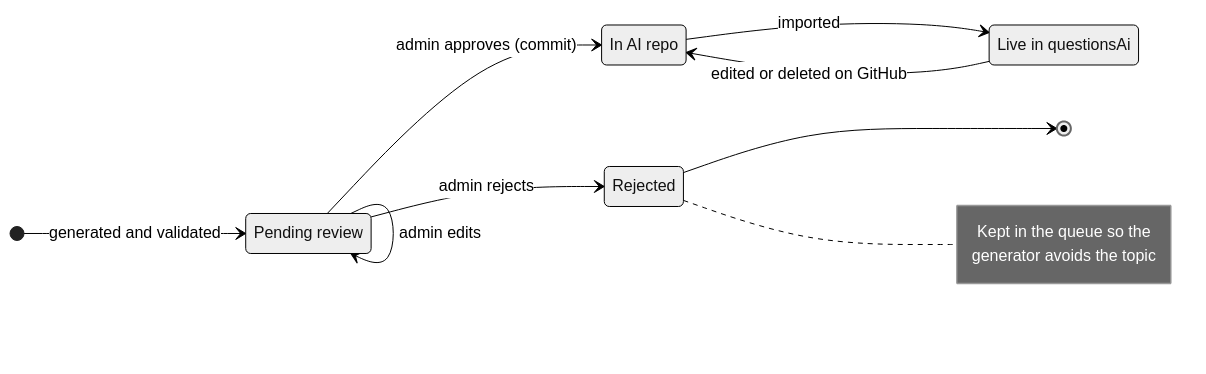
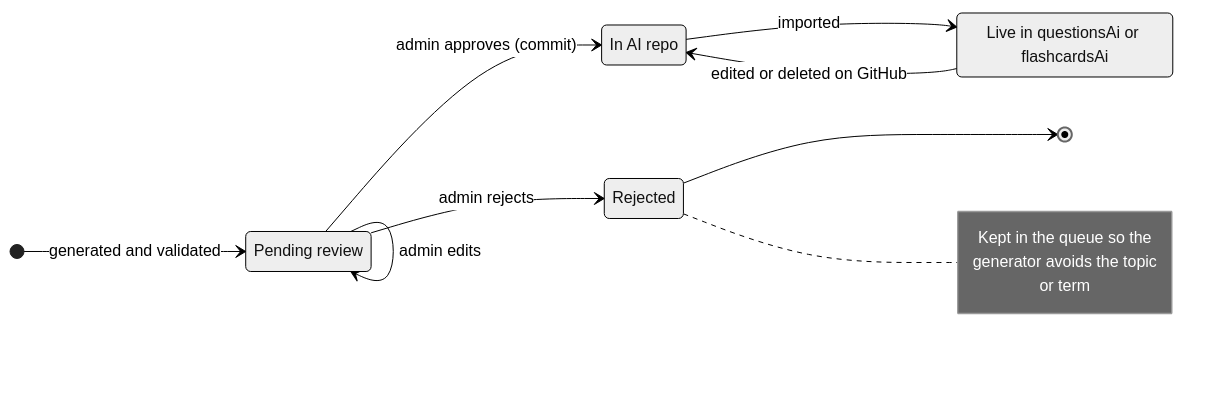
The second of 5 diagrams in docs/ai-question-flow.md (alexmcdermid/real-estate-quest), drawn with Mermaid (neutral theme) before and after one commit. The commit also changed other lines of this file, not shown here.

Commit message:
docs: cover AI flashcards in the AI content flow doc

````diff
--- a/docs/ai-question-flow.md
+++ b/docs/ai-question-flow.md
@@ -86,20 +86,21 @@
 ```mermaid
 stateDiagram-v2
   direction LR
   state "Pending review" as Pending
   state "In AI repo" as InRepo
-  state "Live in questionsAi" as Live
+  state "Live in questionsAi or flashcardsAi" as Live
 
   [*] --> Pending: generated and validated
   Pending --> Pending: admin edits
   Pending --> Rejected: admin rejects
   Pending --> InRepo: admin approves (commit)
   InRepo --> Live: imported
   Live --> InRepo: edited or deleted on GitHub
   Rejected --> [*]
 
   note right of Rejected
     Kept in the queue so the
     generator avoids the topic
+    or term
   end note
 ```
````
